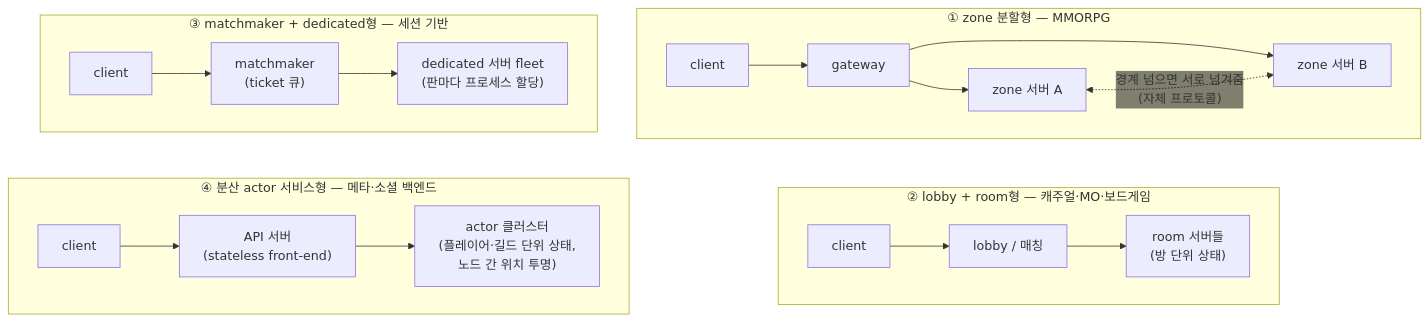
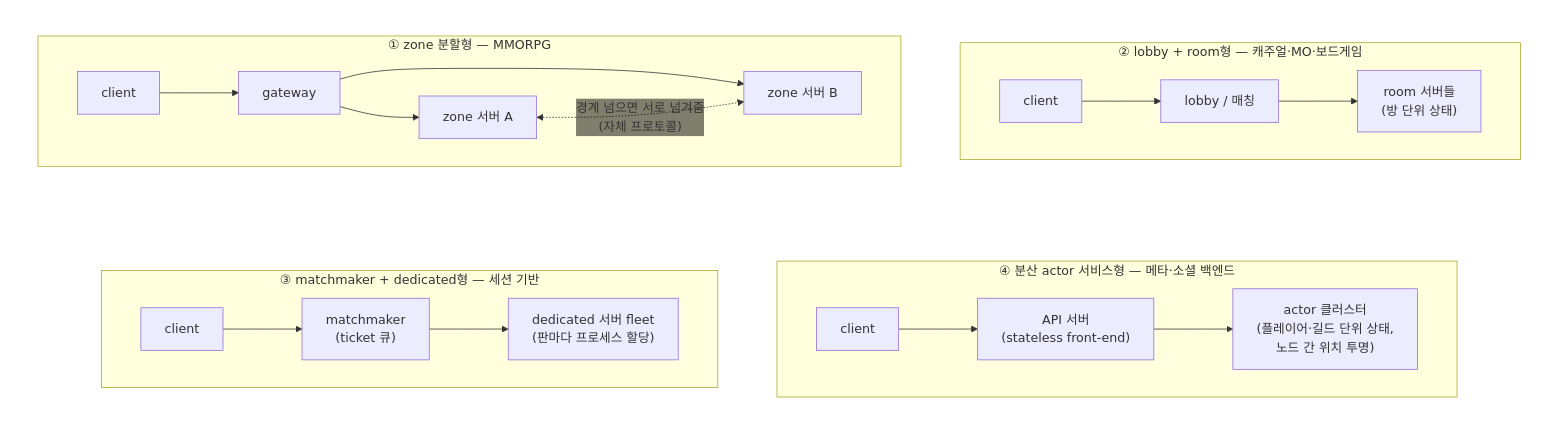
Before and after one commit to kairos-code-dev/zlink: the first of 8 diagrams in framework/doc/framework/dotnet/guide/01-overview.ko.md, drawn with Mermaid. The commit also changed other lines of this file and 10 other files, not shown here.

````diff
--- a/framework/doc/framework/dotnet/guide/01-overview.ko.md
+++ b/framework/doc/framework/dotnet/guide/01-overview.ko.md
@@ -65,24 +65,33 @@
 ```mermaid
 %%{init: {'themeVariables': {'edgeLabelBackground':'transparent'}}}%%
 flowchart TB
-  subgraph mmo["① zone 분할형 — MMORPG"]
+  subgraph row1[" "]
     direction LR
-    C1["client"] --> GW["gateway"] --> Z1["zone 서버 A"]
-    GW --> Z2["zone 서버 B"]
-    Z1 <-.->|"경계 넘으면 서로 넘겨줌<br/>(자체 프로토콜)"| Z2
+    subgraph mmo["① zone 분할형 — MMORPG"]
+      direction LR
+      C1["client"] --> GW["gateway"] --> Z1["zone 서버 A"]
+      GW --> Z2["zone 서버 B"]
+      Z1 <-.->|"경계 넘으면 서로 넘겨줌<br/>(자체 프로토콜)"| Z2
+    end
+    subgraph rm["② lobby + room형 — 캐주얼·MO·보드게임"]
+      direction LR
+      C2["client"] --> LO["lobby / 매칭"] --> R1["room 서버들<br/>(방 단위 상태)"]
+    end
+    mmo ~~~ rm
   end
-  subgraph rm["② lobby + room형 — 캐주얼·MO·보드게임"]
+  subgraph row2[" "]
     direction LR
-    C2["client"] --> LO["lobby / 매칭"] --> R1["room 서버들<br/>(방 단위 상태)"]
+    subgraph ded["③ matchmaker + dedicated형 — 세션 기반"]
+      direction LR
+      C3["client"] --> MM["matchmaker<br/>(ticket 큐)"] --> FL["dedicated 서버 fleet<br/>(판마다 프로세스 할당)"]
+    end
+    subgraph act["④ 분산 actor 서비스형 — 메타·소셜 백엔드"]
+      direction LR
+      C4["client"] --> AP["API 서버<br/>(stateless front-end)"] --> AC["actor 클러스터<br/>(플레이어·길드 단위 상태,<br/>노드 간 위치 투명)"]
+    end
+    ded ~~~ act
   end
-  subgraph ded["③ matchmaker + dedicated형 — 세션 기반"]
-    direction LR
-    C3["client"] --> MM["matchmaker<br/>(ticket 큐)"] --> FL["dedicated 서버 fleet<br/>(판마다 프로세스 할당)"]
-  end
-  subgraph act["④ 분산 actor 서비스형 — 메타·소셜 백엔드"]
-    direction LR
-    C4["client"] --> AP["API 서버<br/>(stateless front-end)"] --> AC["actor 클러스터<br/>(플레이어·길드 단위 상태,<br/>노드 간 위치 투명)"]
-  end
-  mmo ~~~ rm
-  ded ~~~ act
+  row1 ~~~ row2
+  style row1 fill:none,stroke:none
+  style row2 fill:none,stroke:none
 ```
````
